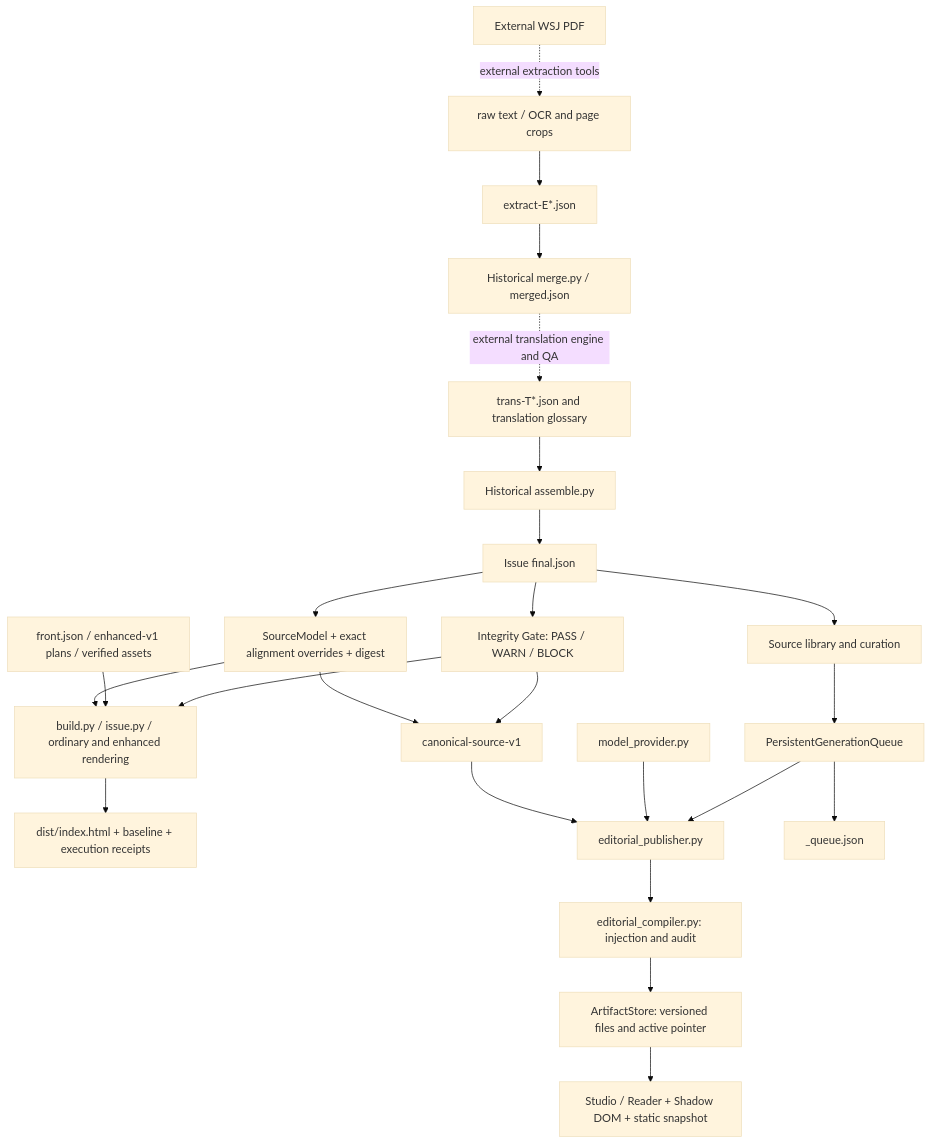
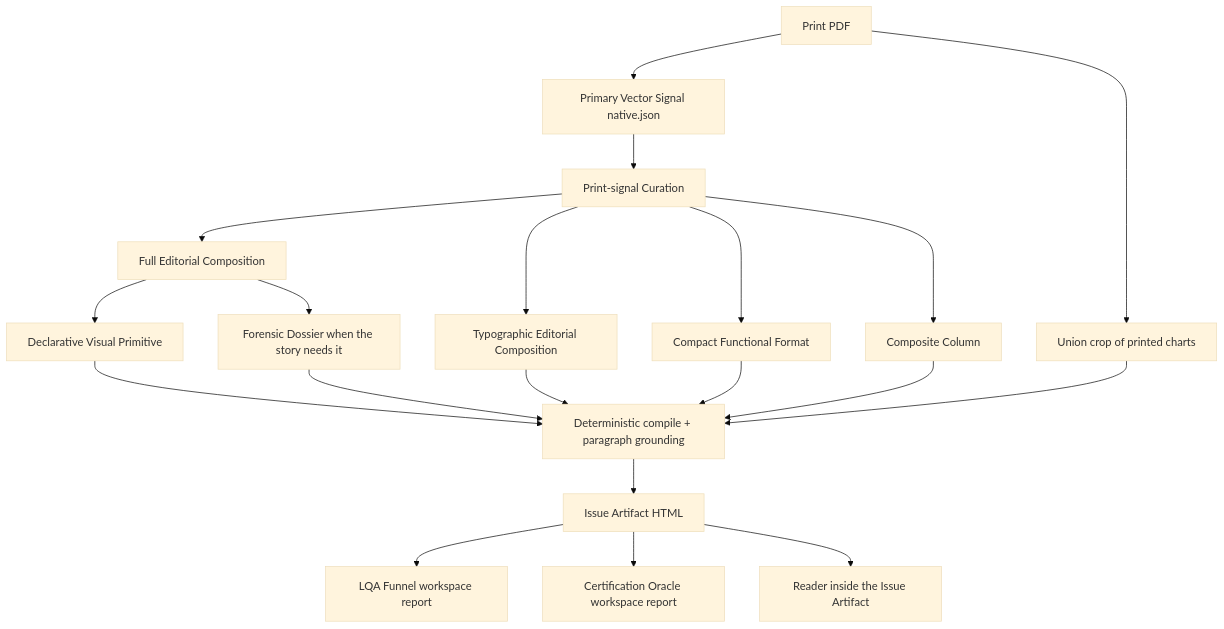
The diagram in ARCHITECTURE.md (Bayern99/deep-reading), drawn with Mermaid (base theme) before and after one commit. The commit also changed other lines of this file and 49 other files, not shown here.

First line of the commit message:
docs+cut: Issue Artifact-only product; archive Studio runtime off main

````diff
--- a/ARCHITECTURE.md
+++ b/ARCHITECTURE.md
@@ -7,26 +9,22 @@
 ```mermaid
 flowchart TD
-    PDF[External WSJ PDF] -. external extraction tools .-> OCR[raw text / OCR and page crops]
-    OCR --> Extract[extract-E*.json]
-    Extract --> Merge[Historical merge.py / merged.json]
-    Merge -. external translation engine and QA .-> Trans[trans-T*.json and translation glossary]
-    Trans --> Assemble[Historical assemble.py]
-    Assemble --> Final[Issue final.json]
-    Final --> Gate[Integrity Gate: PASS / WARN / BLOCK]
-    Final --> Source[SourceModel + exact alignment overrides + digest]
-    Source --> Issue[build.py / issue.py / ordinary and enhanced rendering]
-    Plans[front.json / enhanced-v1 plans / verified assets] --> Issue
-    Gate --> Issue
-    Issue --> Newspaper[dist/index.html + baseline + execution receipts]
-    Source --> Canonical[canonical-source-v1]
-    Gate --> Canonical
-    Canonical --> Publisher[editorial_publisher.py]
-    Provider[model_provider.py] --> Publisher
-    Publisher --> Compiler[editorial_compiler.py: injection and audit]
-    Compiler --> Store[ArtifactStore: versioned files and active pointer]
-    Store --> Reader[Studio / Reader + Shadow DOM + static snapshot]
-    Final --> Studio[Source library and curation]
-    Studio --> Queue[PersistentGenerationQueue]
-    Queue --> Publisher
-    Queue --> State[_queue.json]
+    PDF[Print PDF] --> Native[Primary Vector Signal native.json]
+    PDF --> Union[Union crop of printed charts]
+    Native --> Route[Print-signal Curation]
+    Route --> T1[Full Editorial Composition]
+    Route --> T2[Typographic Editorial Composition]
+    Route --> T3[Compact Functional Format]
+    Route --> Comp[Composite Column]
+    T1 --> Prim[Declarative Visual Primitive]
+    T1 --> Dossier[Forensic Dossier when the story needs it]
+    Prim --> Compile[Deterministic compile + paragraph grounding]
+    T2 --> Compile
+    T3 --> Compile
+    Comp --> Compile
+    Dossier --> Compile
+    Union --> Compile
+    Compile --> Artifact[Issue Artifact HTML]
+    Artifact --> LQA[LQA Funnel workspace report]
+    Artifact --> Oracle[Certification Oracle workspace report]
+    Artifact --> Reader[Reader inside the Issue Artifact]
 ```
````
